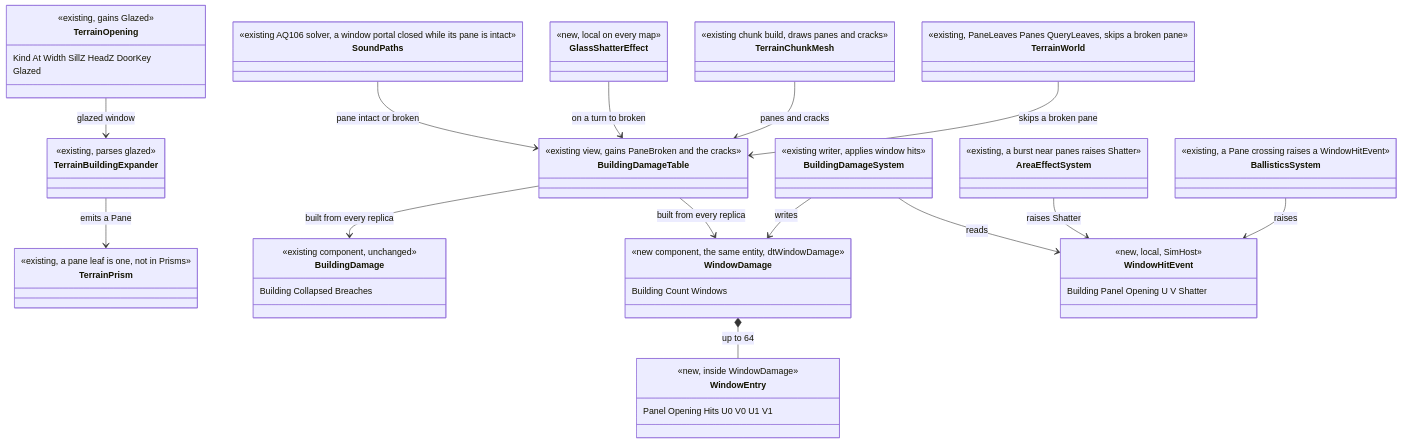
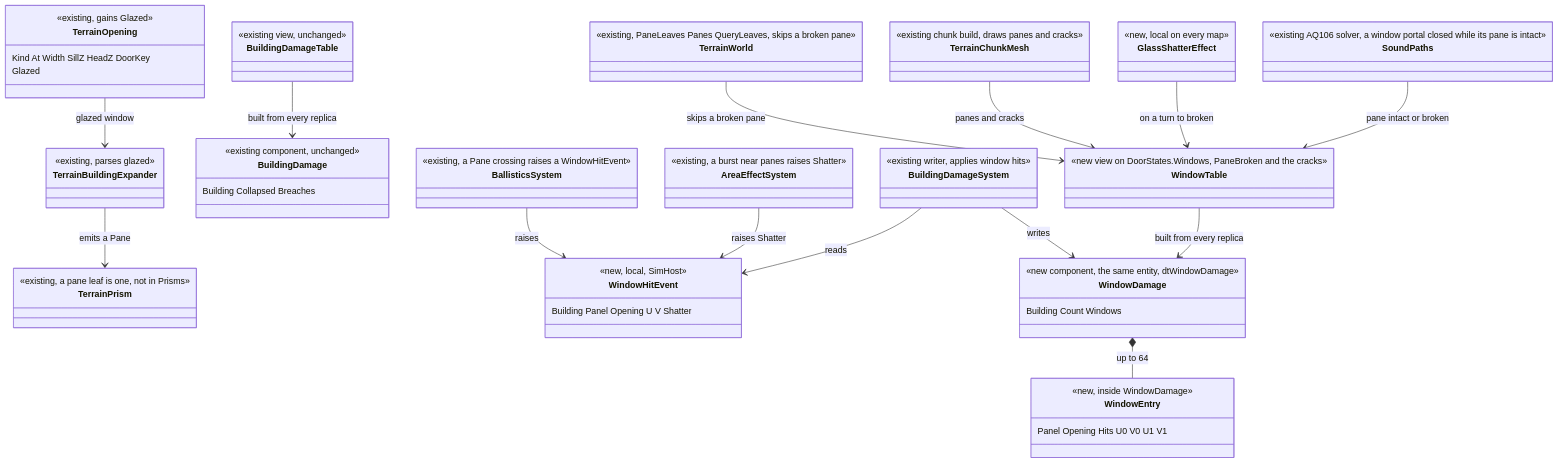
Before and after one commit to pjanec/HROT: the first of 3 diagrams in docs/DESIGN_Glass_Windows.md, drawn with Mermaid. The commit also changed other lines of this file and 31 other files, not shown here.

First line of the commit message:
CE-5033 GW-2: window state and breaking rules (WindowDamage)

````diff
--- a/docs/DESIGN_Glass_Windows.md
+++ b/docs/DESIGN_Glass_Windows.md
@@ -79,67 +79,70 @@
 ```mermaid
 classDiagram
   class TerrainOpening {
     <<existing, gains Glazed>>
     Kind At Width SillZ HeadZ DoorKey
     Glazed
   }
   class TerrainBuildingExpander {
     <<existing, parses glazed>>
   }
   class TerrainPrism {
     <<existing, a pane leaf is one, not in Prisms>>
   }
   class BuildingDamage {
     <<existing component, unchanged>>
     Building Collapsed Breaches
   }
   class WindowDamage {
     <<new component, the same entity, dtWindowDamage>>
     Building Count Windows
   }
   class WindowEntry {
     <<new, inside WindowDamage>>
     Panel Opening Hits U0 V0 U1 V1
   }
   class WindowHitEvent {
     <<new, local, SimHost>>
     Building Panel Opening U V Shatter
   }
   class BallisticsSystem {
     <<existing, a Pane crossing raises a WindowHitEvent>>
   }
   class AreaEffectSystem {
     <<existing, a burst near panes raises Shatter>>
   }
   class BuildingDamageSystem {
     <<existing writer, applies window hits>>
   }
   class BuildingDamageTable {
-    <<existing view, gains PaneBroken and the cracks>>
+    <<existing view, unchanged>>
+  }
+  class WindowTable {
+    <<new view on DoorStates.Windows, PaneBroken and the cracks>>
   }
   class TerrainWorld {
     <<existing, PaneLeaves Panes QueryLeaves, skips a broken pane>>
   }
   class TerrainChunkMesh {
     <<existing chunk build, draws panes and cracks>>
   }
   class GlassShatterEffect {
     <<new, local on every map>>
   }
   class SoundPaths {
     <<existing AQ106 solver, a window portal closed while its pane is intact>>
   }
   TerrainOpening --> TerrainBuildingExpander : glazed window
   TerrainBuildingExpander --> TerrainPrism : emits a Pane
   BallisticsSystem --> WindowHitEvent : raises
   AreaEffectSystem --> WindowHitEvent : raises Shatter
   BuildingDamageSystem --> WindowHitEvent : reads
   BuildingDamageSystem --> WindowDamage : writes
   WindowDamage *-- WindowEntry : up to 64
   BuildingDamageTable --> BuildingDamage : built from every replica
-  BuildingDamageTable --> WindowDamage : built from every replica
-  TerrainWorld --> BuildingDamageTable : skips a broken pane
-  TerrainChunkMesh --> BuildingDamageTable : panes and cracks
-  GlassShatterEffect --> BuildingDamageTable : on a turn to broken
-  SoundPaths --> BuildingDamageTable : pane intact or broken
+  WindowTable --> WindowDamage : built from every replica
+  TerrainWorld --> WindowTable : skips a broken pane
+  TerrainChunkMesh --> WindowTable : panes and cracks
+  GlassShatterEffect --> WindowTable : on a turn to broken
+  SoundPaths --> WindowTable : pane intact or broken
 ```
````
